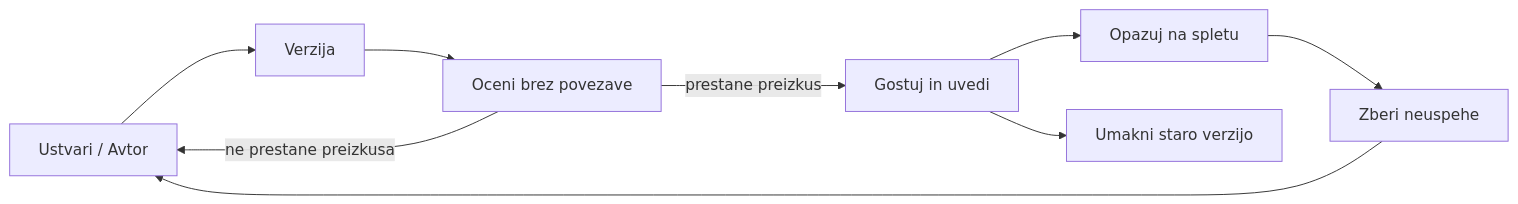
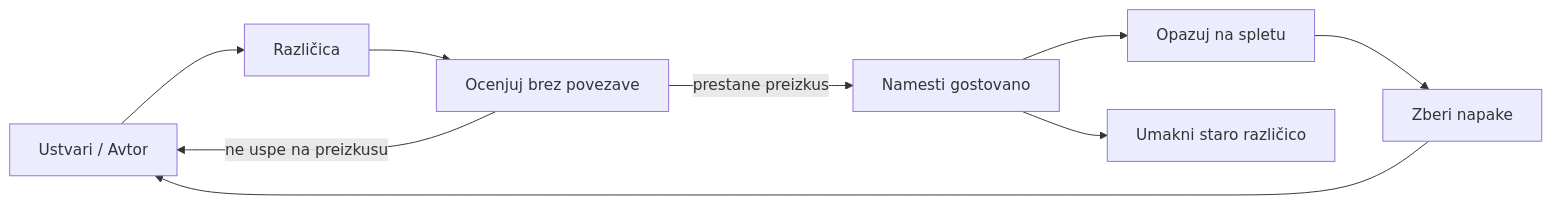
Before and after one commit to gabrielmoreira/agent-skills-mirror: the second of 4 diagrams in mirrors/repos/microsoft@ai-agents-for-beginners/translations/sl/16-deploying-scalable-agents/README.md, drawn with Mermaid. The commit also changed other lines of this file and 4262 other files, not shown here.

````diff
--- a/mirrors/repos/microsoft@ai-agents-for-beginners/translations/sl/16-deploying-scalable-agents/README.md
+++ b/mirrors/repos/microsoft@ai-agents-for-beginners/translations/sl/16-deploying-scalable-agents/README.md
@@ -108,11 +108,11 @@
 ```mermaid
 flowchart LR
-    Create[Ustvari / Avtor] --> Version[Verzija]
-    Version --> Evaluate[Oceni brez povezave]
-    Evaluate -->|prestane preizkus| Deploy[Gostuj in uvedi]
-    Evaluate -->|ne prestane preizkusa| Create
+    Create[Ustvari / Avtor] --> Version[Različica]
+    Version --> Evaluate[Ocenjuj brez povezave]
+    Evaluate -->|prestane preizkus| Deploy[Namesti gostovano]
+    Evaluate -->|ne uspe na preizkusu| Create
     Deploy --> Observe[Opazuj na spletu]
-    Observe --> Improve[Zberi neuspehe]
+    Observe --> Improve[Zberi napake]
     Improve --> Create
-    Deploy --> Retire[Umakni staro verzijo]
+    Deploy --> Retire[Umakni staro različico]
 ```
````
